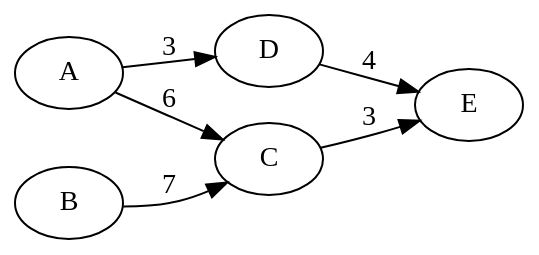
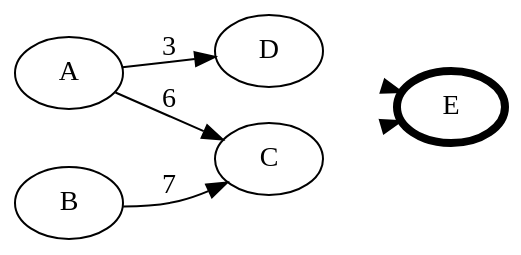
Before and after one commit to decrypto-org/TrustIsRisk: the diagram in presentations/AtheCrypt10-1-2017/figures/transitiveGame2.dot, drawn with Graphviz. The commit also changed 6 other files, not shown here.

```diff
--- a/presentations/AtheCrypt10-1-2017/figures/transitiveGame2.dot
+++ b/presentations/AtheCrypt10-1-2017/figures/transitiveGame2.dot
@@ -1,14 +1,10 @@
 digraph G {
   graph [bgcolor=transparent]
   rankdir=LR;
+  E [penwidth=4]
   A -> C [label="6"]
   A -> D [label="3"]
   B -> C [label="7"]
-  C -> E [label="3"]
-  D -> E [label="4"]
-  A [label="A"]
-  B [label="B"]
-  C [label="C"]
-  D [label="D"]
-  E [label="E"]
+  C -> E [style=invisible]
+  D -> E [style=invisible]
 }
```
